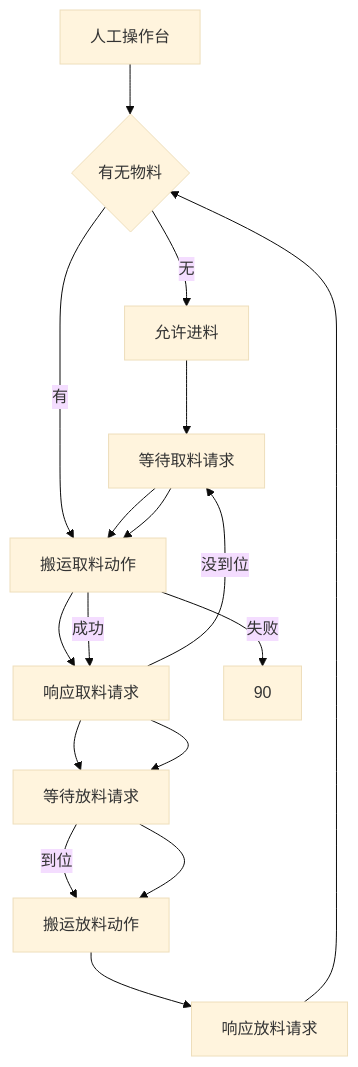
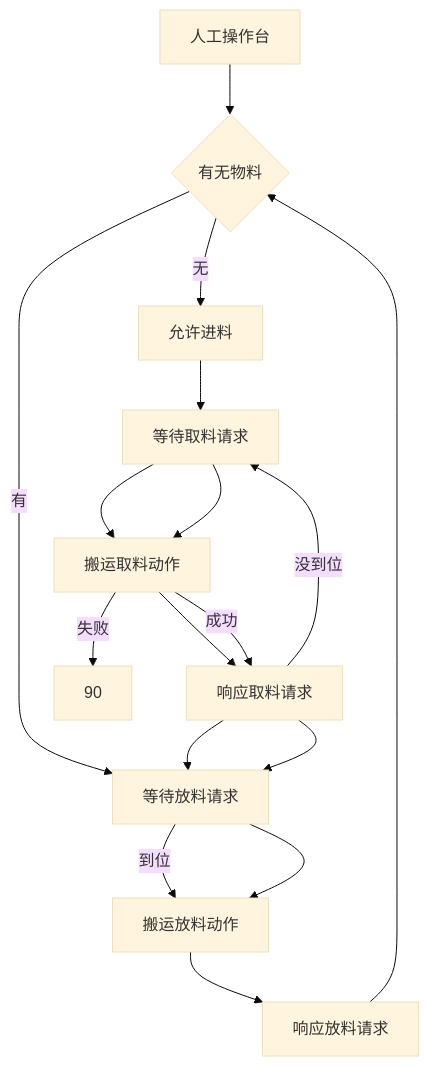
Before and after one commit to PengKun1/iodraw-files: the diagram in all/未命名-4.md, drawn with Mermaid (base theme).

Commit message:
2024-12-20 14:48:19 update

````diff
--- a/all/未命名-4.md
+++ b/all/未命名-4.md
@@ -1,19 +1,19 @@
 ```mermaid
 graph TD
 0[人工操作台]-->10
 10{有无物料}-->|无|20
-10-->|有|40
+10-->|有|60
 20[允许进料]-->30
 30[前工位出料中]-->40
 40[电机启动]-->50
 50[电机减速]-->60
 60{是否到位}-->|到位|70
 50-->|没到位|30
 30[等待取料请求]-->40
 40[搬运取料动作]-->|成功|50
 40-->|失败|90
 50[响应取料请求]-->60
 60[等待放料请求]-->70
 70[搬运放料动作]-->80
 80[响应放料请求]-->10
 ```
````
